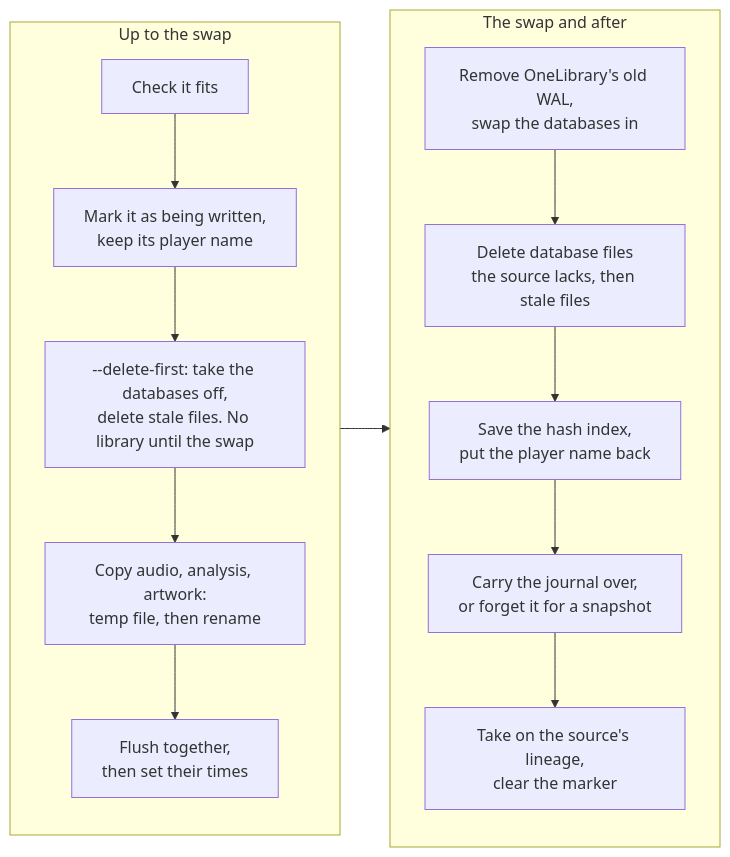
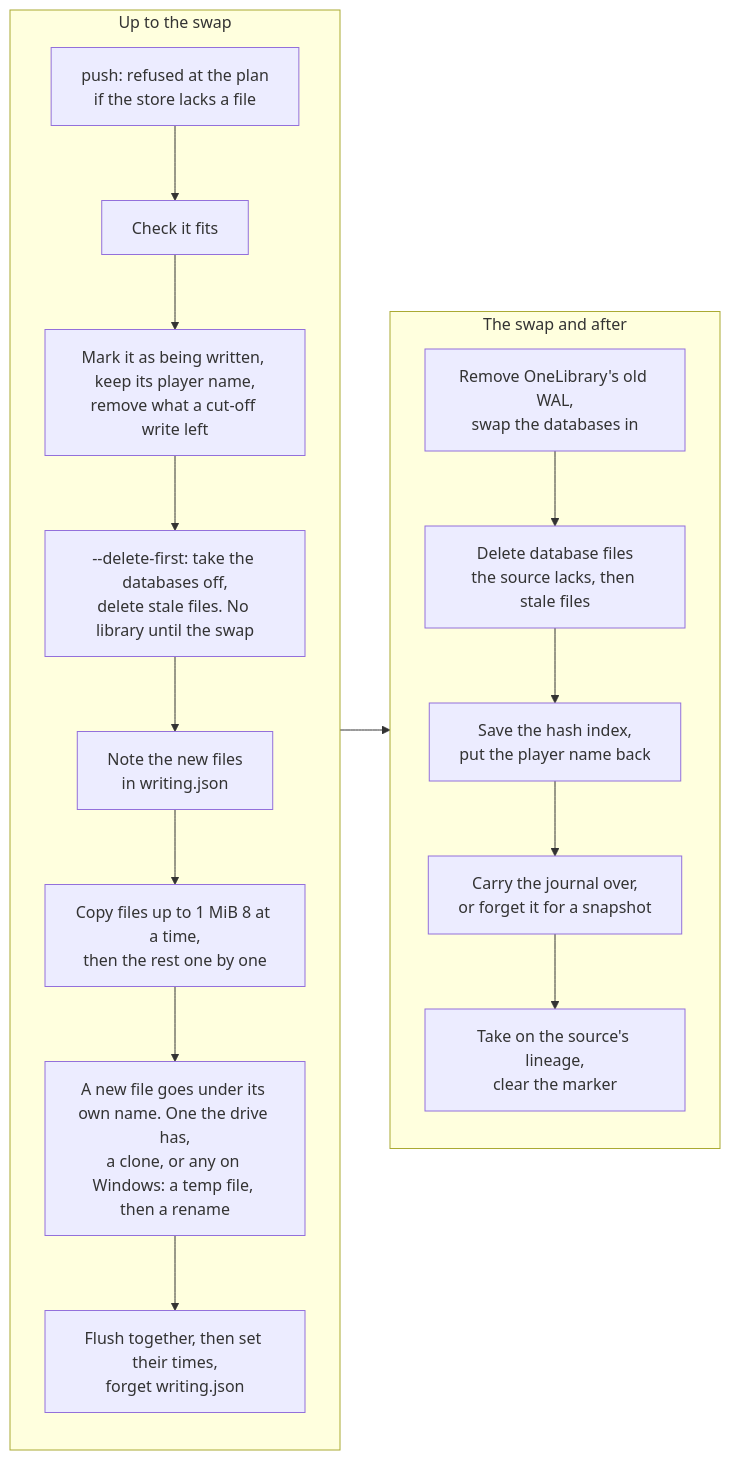
One commit to cutenode/localnetwork changed the fourth of 19 diagrams in apps/locallibrary/docs/diagrams/changing-drives.md. Above: the diagram before and after it, drawn with Mermaid. The commit also changed other lines of this file and 6 other files, not shown here.

First line of the commit message:
docs(locallibrary): bring the diagrams up to date with the code

````diff
--- a/apps/locallibrary/docs/diagrams/changing-drives.md
+++ b/apps/locallibrary/docs/diagrams/changing-drives.md
@@ -112,18 +118,21 @@
 ```mermaid
 flowchart LR
     subgraph before["Up to the swap"]
         direction TB
-        fits["Check it fits"] --> marker["Mark it as being written,<br/>keep its player name"]
+        stored["push: refused at the plan<br/>if the store lacks a file"] --> fits["Check it fits"]
+        fits --> marker["Mark it as being written, keep its player name,<br/>remove what a cut-off write left"]
         marker --> early["--delete-first: take the databases off,<br/>delete stale files. No library until the swap"]
-        early --> copy["Copy audio, analysis, artwork:<br/>temp file, then rename"]
-        copy --> flush["Flush together,<br/>then set their times"]
+        early --> note["Note the new files<br/>in writing.json"]
+        note --> copy["Copy files up to 1 MiB 8 at a time,<br/>then the rest one by one"]
+        copy --> newfile["A new file goes under its own name. One the drive has,<br/>a clone, or any on Windows: a temp file, then a rename"]
+        newfile --> flush["Flush together, then set their times,<br/>forget writing.json"]
     end
     subgraph after["The swap and after"]
         direction TB
         swap["Remove OneLibrary's old WAL,<br/>swap the databases in"] --> delete["Delete database files<br/>the source lacks, then stale files"]
         delete --> index["Save the hash index,<br/>put the player name back"]
         index --> carry["Carry the journal over,<br/>or forget it for a snapshot"]
         carry --> lineage["Take on the source's lineage,<br/>clear the marker"]
     end
     before --> after
 ```
````
